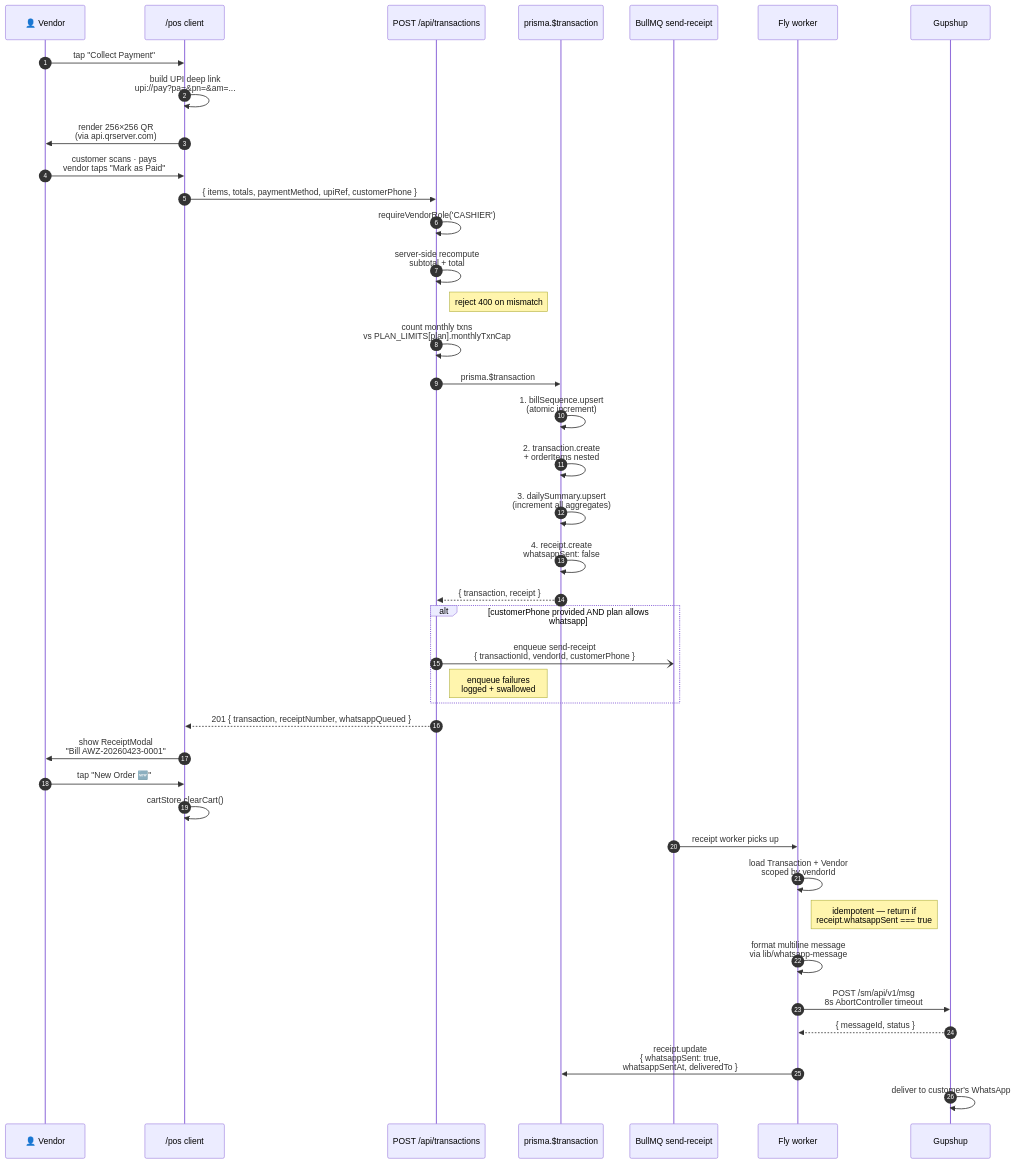
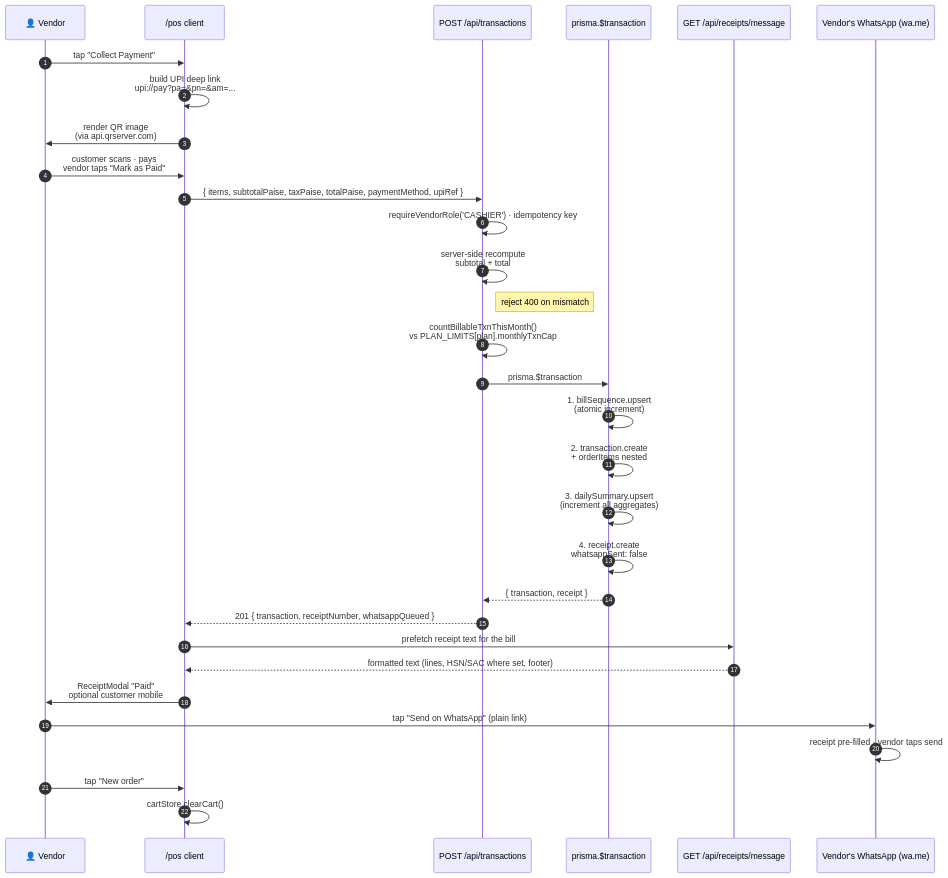
The fourth of 10 diagrams in ARCHITECTURE.md (gengirish/awaazos), drawn with Mermaid before and after one commit. The commit also changed other lines of this file and 50 other files, not shown here.

````diff
--- a/ARCHITECTURE.md
+++ b/ARCHITECTURE.md
@@ -317,48 +378,37 @@
 ```mermaid
 sequenceDiagram
     autonumber
     participant U as 👤 Vendor
     participant POS as /pos client
     participant API as POST /api/transactions
     participant Tx as prisma.$transaction
-    participant Q as BullMQ send-receipt
-    participant W as Fly worker
-    participant G as Gupshup
+    participant Msg as GET /api/receipts/message
+    participant WA as Vendor's WhatsApp (wa.me)
 
     U->>POS: tap "Collect Payment"
     POS->>POS: build UPI deep link<br/>upi://pay?pa=&pn=&am=...
-    POS->>U: render 256×256 QR<br/>(via api.qrserver.com)
+    POS->>U: render QR image<br/>(via api.qrserver.com)
 
     U->>POS: customer scans · pays<br/>vendor taps "Mark as Paid"
-    POS->>API: { items, totals, paymentMethod, upiRef, customerPhone }
-    API->>API: requireVendorRole('CASHIER')
+    POS->>API: { items, subtotalPaise, taxPaise, totalPaise, paymentMethod, upiRef }
+    API->>API: requireVendorRole('CASHIER') · idempotency key
     API->>API: server-side recompute<br/>subtotal + total
     Note right of API: reject 400 on mismatch
-    API->>API: count monthly txns<br/>vs PLAN_LIMITS[plan].monthlyTxnCap
+    API->>API: countBillableTxnThisMonth()<br/>vs PLAN_LIMITS[plan].monthlyTxnCap
 
     API->>Tx: prisma.$transaction
     Tx->>Tx: 1. billSequence.upsert<br/>(atomic increment)
     Tx->>Tx: 2. transaction.create<br/>+ orderItems nested
     Tx->>Tx: 3. dailySummary.upsert<br/>(increment all aggregates)
     Tx->>Tx: 4. receipt.create<br/>whatsappSent: false
     Tx-->>API: { transaction, receipt }
 
-    alt customerPhone provided AND plan allows whatsapp
-        API-)Q: enqueue send-receipt<br/>{ transactionId, vendorId, customerPhone }
-        Note right of API: enqueue failures<br/>logged + swallowed
-    end
-
     API-->>POS: 201 { transaction, receiptNumber, whatsappQueued }
-    POS->>U: show ReceiptModal<br/>"Bill AWZ-20260423-0001"
-    U->>POS: tap "New Order 🆕"
+    POS->>Msg: prefetch receipt text for the bill
+    Msg-->>POS: formatted text (lines, HSN/SAC where set, footer)
+    POS->>U: ReceiptModal "Paid"<br/>optional customer mobile
+    U->>WA: tap "Send on WhatsApp" (plain link)
+    WA->>WA: receipt pre-filled · vendor taps send
+    U->>POS: tap "New order"
     POS->>POS: cartStore.clearCart()
-
-    Q->>W: receipt worker picks up
-    W->>W: load Transaction + Vendor<br/>scoped by vendorId
-    Note right of W: idempotent — return if<br/>receipt.whatsappSent === true
-    W->>W: format multiline message<br/>via lib/whatsapp-message
-    W->>G: POST /sm/api/v1/msg<br/>8s AbortController timeout
-    G-->>W: { messageId, status }
-    W->>Tx: receipt.update<br/>{ whatsappSent: true,<br/>  whatsappSentAt, deliveredTo }
-    G->>G: deliver to customer's WhatsApp
 ```
````
